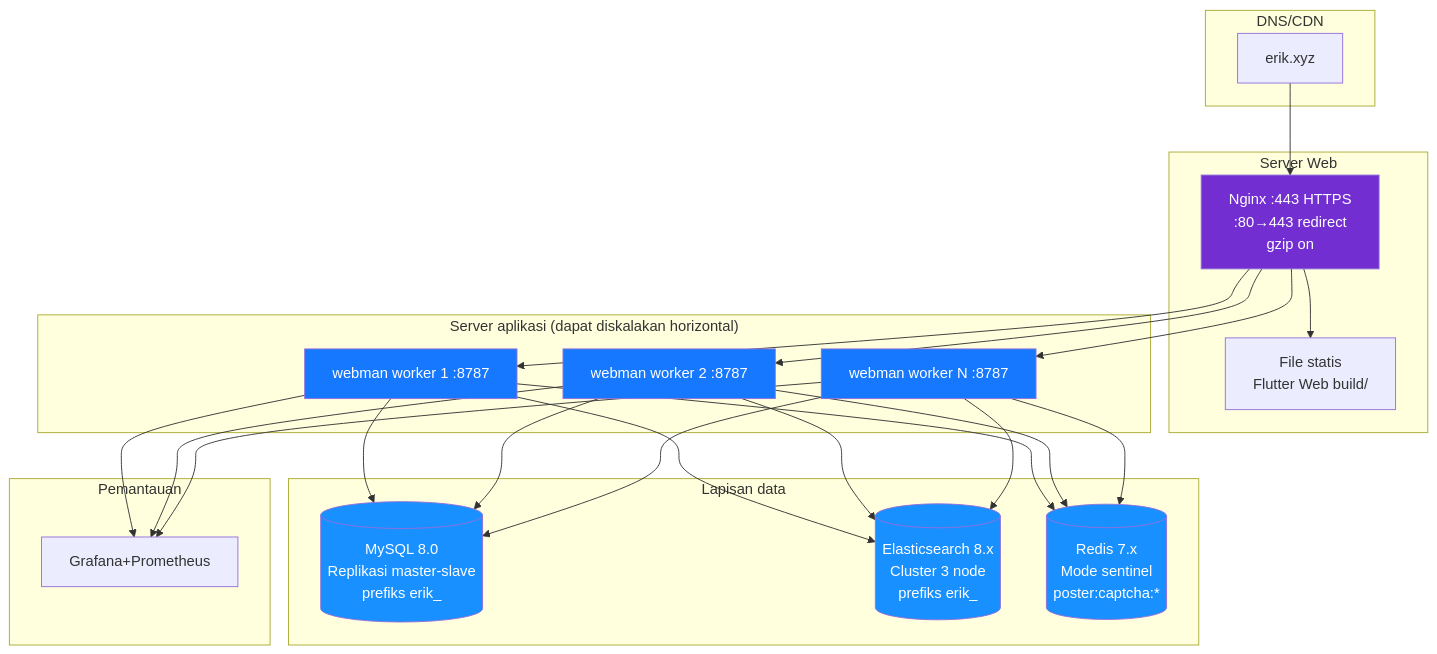
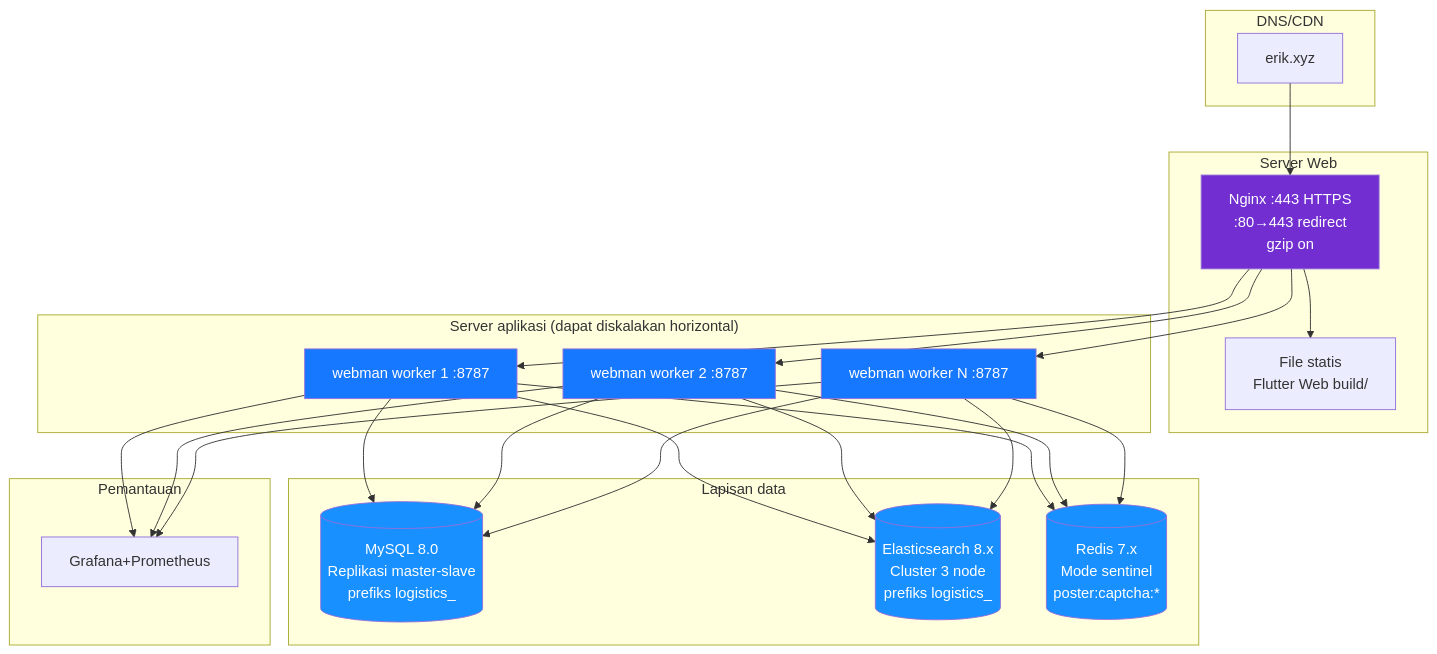
Before and after one commit to erikwang2013/integrated-global-logistics: the diagram in admin/docs/diagrams/12-deployment.id.md, drawn with Mermaid. The commit also changed 211 other files, not shown here.

````diff
--- a/admin/docs/diagrams/12-deployment.id.md
+++ b/admin/docs/diagrams/12-deployment.id.md
@@ -7,45 +7,45 @@
 ```mermaid
 flowchart TB
     subgraph dns["DNS/CDN"]
         domain["erik.xyz"]
     end
 
     subgraph web["Server Web"]
         nginx["Nginx :443 HTTPS<br/>:80→443 redirect<br/>gzip on"]
         static["File statis<br/>Flutter Web build/"]
     end
 
     subgraph app["Server aplikasi (dapat diskalakan horizontal)"]
         wm1["webman worker 1 :8787"]
         wm2["webman worker 2 :8787"]
         wm3["webman worker N :8787"]
     end
 
     subgraph data["Lapisan data"]
-        mysql[("MySQL 8.0<br/>Replikasi master-slave<br/>prefiks erik_")]
-        es[("Elasticsearch 8.x<br/>Cluster 3 node<br/>prefiks erik_")]
+        mysql[("MySQL 8.0<br/>Replikasi master-slave<br/>prefiks logistics_")]
+        es[("Elasticsearch 8.x<br/>Cluster 3 node<br/>prefiks logistics_")]
         redis[("Redis 7.x<br/>Mode sentinel<br/>poster:captcha:*")]
     end
 
     subgraph monitor["Pemantauan"]
         grafana["Grafana+Prometheus"]
     end
 
     domain --> nginx
     nginx --> static
     nginx --> wm1
     nginx --> wm2
     nginx --> wm3
     wm1 & wm2 & wm3 --> mysql
     wm1 & wm2 & wm3 --> es
     wm1 & wm2 & wm3 --> redis
     wm1 & wm2 & wm3 --> grafana
 
     style nginx fill:#722ED1,color:#fff
     style wm1 fill:#1677FF,color:#fff
     style wm2 fill:#1677FF,color:#fff
     style wm3 fill:#1677FF,color:#fff
     style mysql fill:#1890FF,color:#fff
     style es fill:#1890FF,color:#fff
     style redis fill:#1890FF,color:#fff
 ```
````
